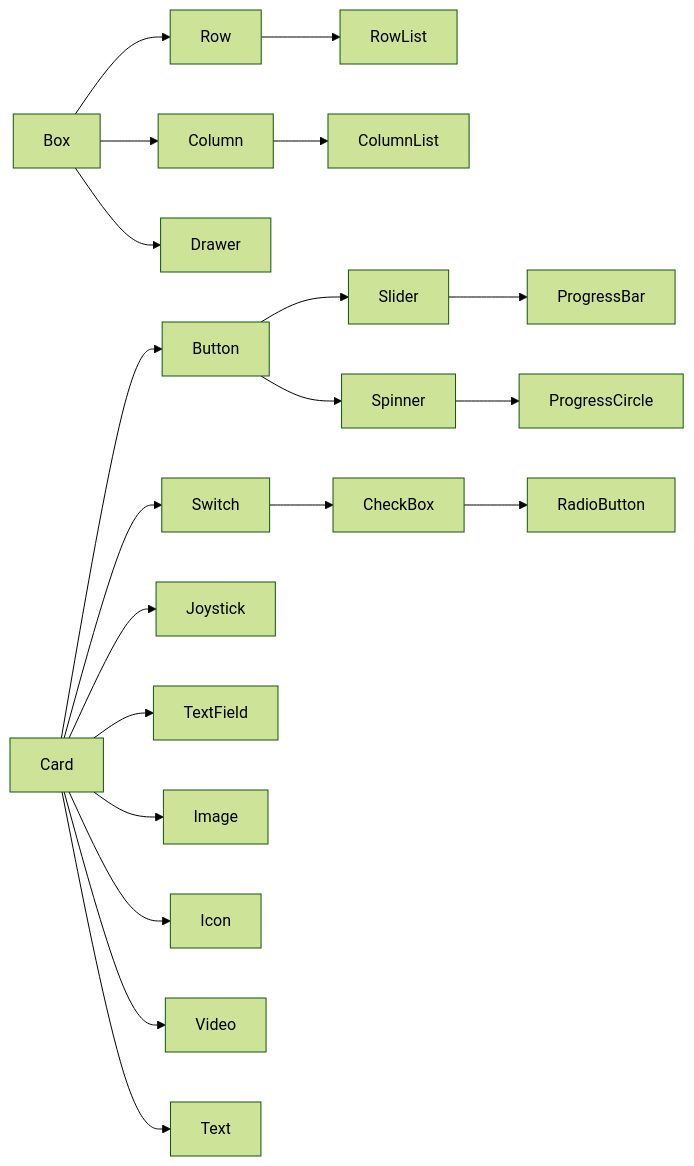
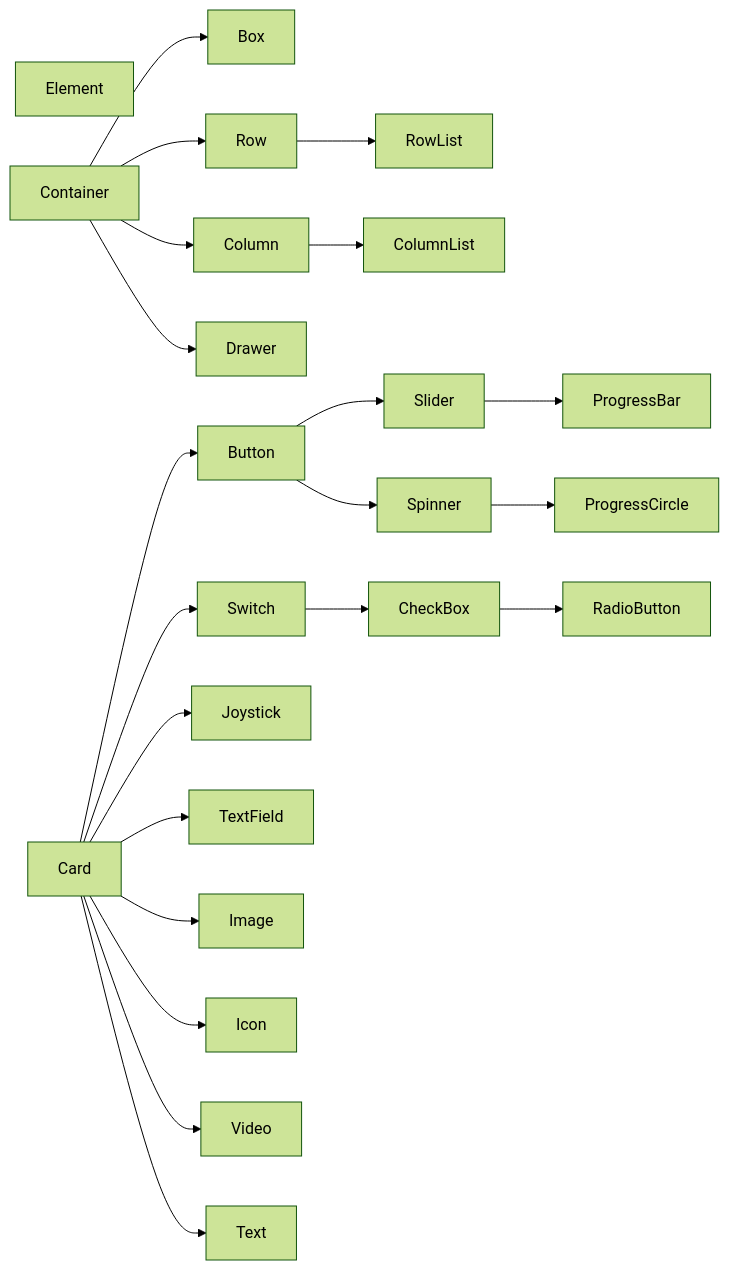
Before and after one commit to samthedev32/EngineToolkit: the diagram in include/EngineToolkit/UI/README.md, drawn with Mermaid (forest theme). The commit also changed 9 other files, not shown here.

````diff
--- a/include/EngineToolkit/UI/README.md
+++ b/include/EngineToolkit/UI/README.md
@@ -17,31 +17,36 @@
 ```mermaid
 graph LR;
+%% Core Types
+    Element
+    Container
+
 %% Container Types
-    Box --> Row;
-    Box --> Column;
-    Box --> Drawer;
+    Container --> Box;
+    Container --> Row;
+    Container --> Column;
+    Container --> Drawer;
 
     Row --> RowList;
     Column --> ColumnList;
 
 %% Interactive Types
     Card --> Button;
     Card --> Switch;
     Card --> Joystick;
     Card --> TextField;
 
     Switch --> CheckBox;
     CheckBox --> RadioButton;
 
     Button --> Slider;
     Button --> Spinner;
 
 %% Visual Types
     Card --> Image;
     Card --> Icon;
     Card --> Video;
     Card --> Text;
 
     Slider --> ProgressBar;
     Spinner --> ProgressCircle;
 ```
````
